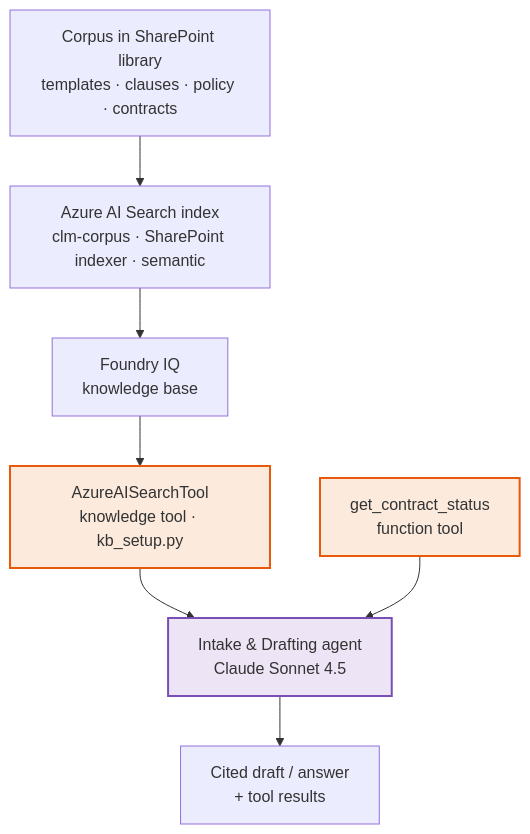
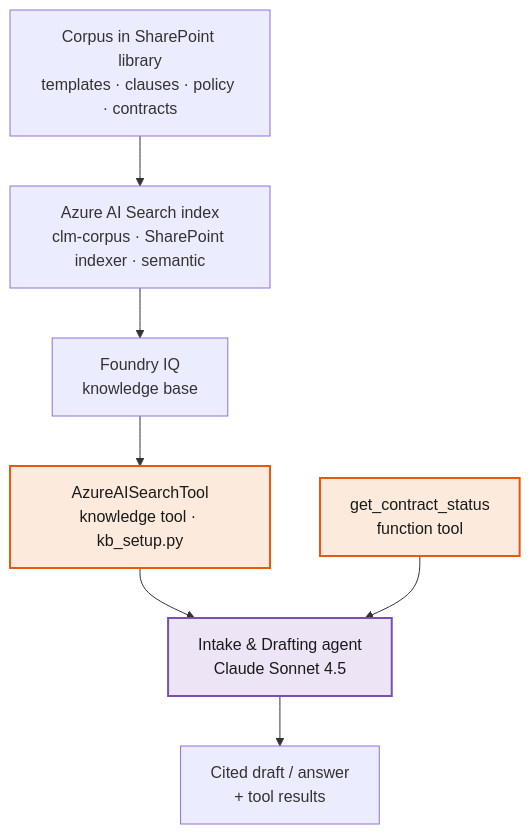
The diagram in challenge-1/README.md (glejdis/microhack-aiagents), drawn with Mermaid before and after one commit.

Commit message:
docs(challenge-1): fix low-contrast text in colored diagram boxes
The three styled nodes use light fills (#EDE4F5 / #FCEBDD), but GitHub dark mode
keeps node text light, so the labels were light-on-light and nearly unreadable.
Pin explicit dark text (color:#1A1A1A) on those nodes so they read clearly in
both light and dark themes.

Copilot-Session: cdcf2e30-5195-431d-9519-1afcb98dcf0d

````diff
--- a/challenge-1/README.md
+++ b/challenge-1/README.md
@@ -55,12 +55,12 @@
 ```mermaid
 flowchart TB
   A["Corpus in SharePoint library<br/>templates · clauses · policy · contracts"] --> B["Azure AI Search index<br/>clm-corpus · SharePoint indexer · semantic"]
   B --> C["Foundry IQ<br/>knowledge base"]
   C --> D["AzureAISearchTool<br/>knowledge tool · kb_setup.py"]
   D --> E["Intake &amp; Drafting agent<br/>Claude Sonnet 4.5"]
   F["get_contract_status<br/>function tool"] --> E
   E --> G["Cited draft / answer<br/>+ tool results"]
-  style E fill:#EDE4F5,stroke:#7A4FB5,stroke-width:2px
-  style D fill:#FCEBDD,stroke:#E8590C,stroke-width:2px
-  style F fill:#FCEBDD,stroke:#E8590C,stroke-width:2px
+  style E fill:#EDE4F5,stroke:#7A4FB5,stroke-width:2px,color:#1A1A1A
+  style D fill:#FCEBDD,stroke:#E8590C,stroke-width:2px,color:#1A1A1A
+  style F fill:#FCEBDD,stroke:#E8590C,stroke-width:2px,color:#1A1A1A
 ```
````
